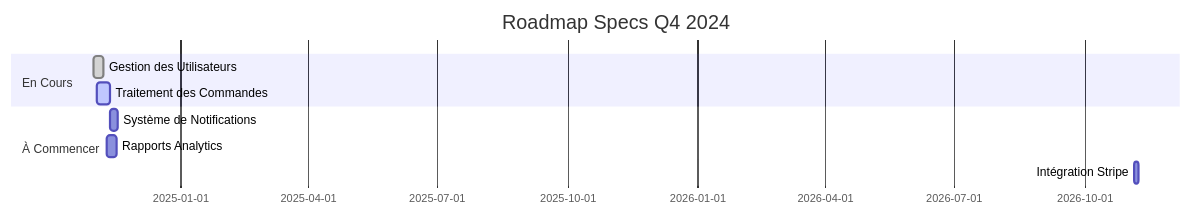
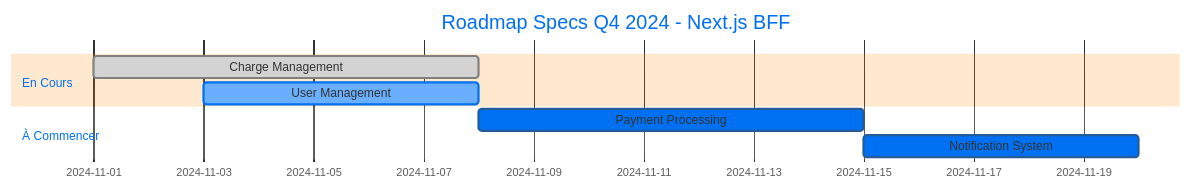
The diagram in skills/spec-driven-development/SPEC_INDEX_TEMPLATE.md (Anco91/mbongo), drawn with Mermaid before and after one commit. The commit also changed other lines of this file and 54 other files, not shown here.

First line of the commit message:
feat: initial project setup - Next.js BFF, Prisma, Zod, Clean Code, Spec-Driven Development

````diff
--- a/skills/spec-driven-development/SPEC_INDEX_TEMPLATE.md
+++ b/skills/spec-driven-development/SPEC_INDEX_TEMPLATE.md
@@ -67,12 +65,12 @@
 ```mermaid
+%%{init: {'theme': 'base', 'themeVariables': { 'primaryColor': '#0070f3'}}}%%
 gantt
-    title Roadmap Specs Q4 2024
+    title Roadmap Specs Q4 2024 - Next.js BFF
     dateFormat  YYYY-MM-DD
     section En Cours
-    Gestion des Utilisateurs    :done, USER-MGT-001, 2024-11-01, 7d
-    Traitement des Commandes     :active, ORDER-PRC-001, 2024-11-03, 10d
+    Charge Management    :done, CHARGE-MGT-001, 2024-11-01, 7d
+    User Management       :active, USER-001, 2024-11-03, 5d
     section À Commencer
-    Système de Notifications     :NOTIF-001, after ORDER-PRC-001, 5d
-    Rapports Analytics           :ANALYTICS-001, 2024-11-10, 7d
-    Intégration Stripe           :PAYMENT-001, after AUTH-001, 3d
+    Payment Processing    :PAYMENT-001, after USER-001, 7d
+    Notification System   :NOTIF-001, after PAYMENT-001, 5d
 ```
````
